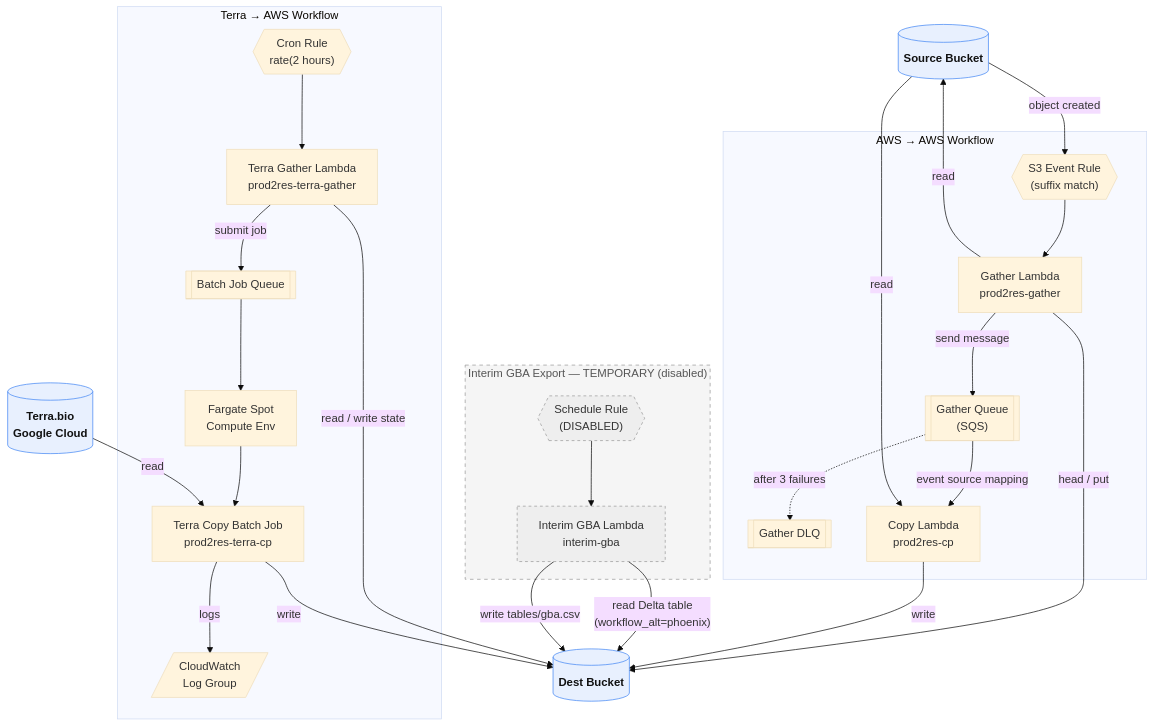
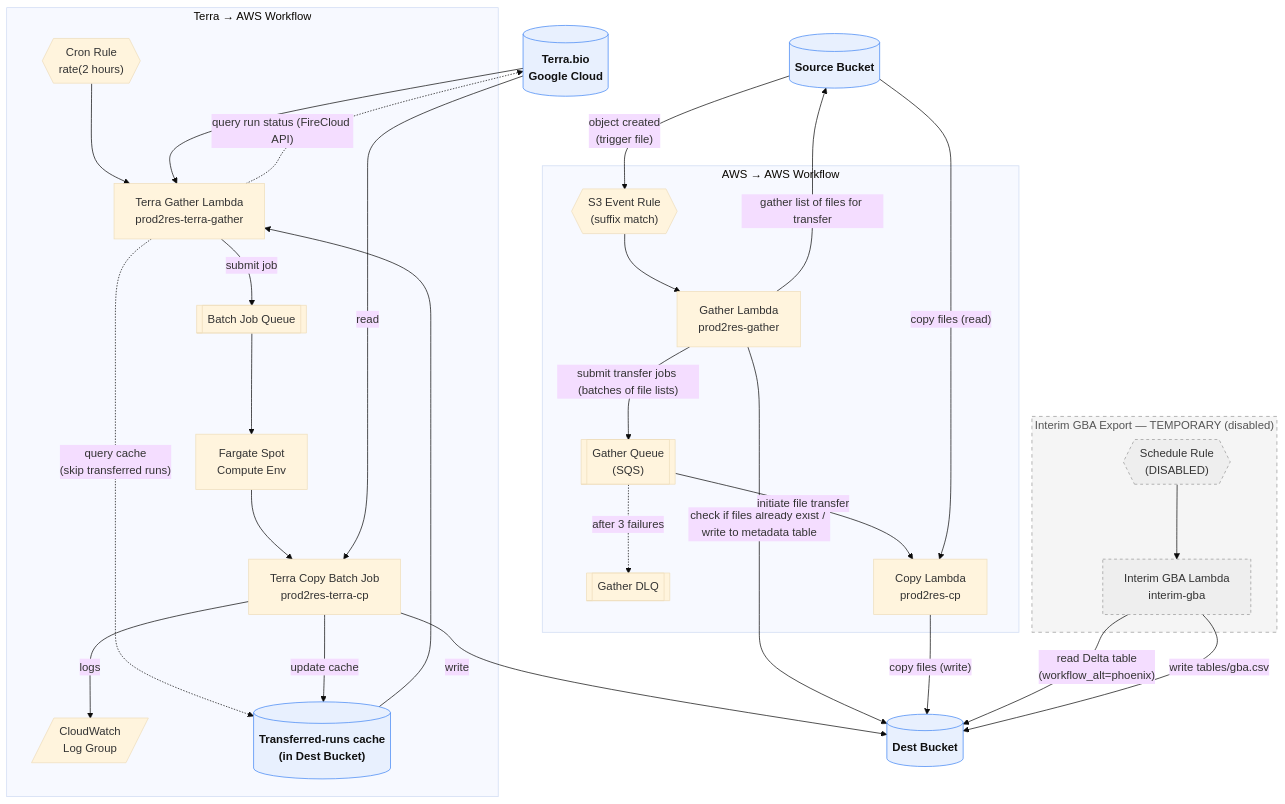
Before and after one commit to DOH-JDJ0303/waphl-data: the diagram in README.md, drawn with Mermaid (base theme).

Commit message:
Update README with detailed flow descriptions

````diff
--- a/README.md
+++ b/README.md
@@ -1,66 +1,73 @@
 ```mermaid
 flowchart TD
     %% ---------- Shared storage ----------
     SRC[("Source Bucket")]
     DST[("Dest Bucket")]
     TERRA[("Terra.bio<br/>Google Cloud")]
 
     %% ---------- AWS to AWS ----------
     subgraph AWS2AWS["AWS &rarr; AWS Workflow"]
         S3EVT{{"S3 Event Rule<br/>(suffix match)"}}
         GATHER["Gather Lambda<br/>prod2res-gather"]
         GQ[["Gather Queue<br/>(SQS)"]]
         DLQ[["Gather DLQ"]]
         COPY["Copy Lambda<br/>prod2res-cp"]
     end
 
     %% ---------- Terra to AWS ----------
     subgraph TERRA2AWS["Terra &rarr; AWS Workflow"]
         TCRON{{"Cron Rule<br/>rate(2 hours)"}}
         TGATHER["Terra Gather Lambda<br/>prod2res-terra-gather"]
         TQUEUE[["Batch Job Queue"]]
         TCOMPUTE["Fargate Spot<br/>Compute Env"]
         TJOB["Terra Copy Batch Job<br/>prod2res-terra-cp"]
         TLOG[/"CloudWatch<br/>Log Group"/]
+        TCACHE[("Transferred-runs cache<br/>(in Dest Bucket)")]
     end
 
     %% ---------- Interim GBA (temporary) ----------
     subgraph GBA["Interim GBA Export &mdash; TEMPORARY (disabled)"]
         GCRON{{"Schedule Rule<br/>(DISABLED)"}}
         GBAFN["Interim GBA Lambda<br/>interim-gba"]
     end
 
     %% ---------- AWS to AWS flows ----------
-    SRC -- "object created" --> S3EVT
+    SRC -- "object created \n(trigger file)" --> S3EVT
     S3EVT --> GATHER
-    GATHER -- "read" --> SRC
-    GATHER -- "head / put" --> DST
-    GATHER -- "send message" --> GQ
+    GATHER -- "gather list of files for transfer" --> SRC
+    GATHER -- "check if files already exist / write to metadata table" --> DST
+    GATHER -- "submit transfer jobs (batches of file lists)" --> GQ
     GQ -. "after 3 failures" .-> DLQ
-    GQ -- "event source mapping" --> COPY
-    SRC -- "read" --> COPY
-    COPY -- "write" --> DST
+    GQ -- "initiate file transfer" --> COPY
+    SRC -- "copy files (read)" --> COPY
+    COPY -- "copy files (write)" --> DST
 
     %% ---------- Terra to AWS flows ----------
     TCRON --> TGATHER
-    TGATHER -- "read / write state" --> DST
+    TGATHER -. "query run status (FireCloud API)" .-> TERRA
+    TGATHER -. "query cache<br/>(skip transferred runs)" .-> TCACHE
     TGATHER -- "submit job" --> TQUEUE
+    TCACHE  --> TGATHER
     TQUEUE --> TCOMPUTE
     TCOMPUTE --> TJOB
+    TERRA   --> TGATHER
     TERRA -- "read" --> TJOB
     TJOB -- "write" --> DST
+    TJOB -- "update cache" --> TCACHE
     TJOB -- "logs" --> TLOG
 
     %% ---------- Interim GBA flows ----------
     GCRON --> GBAFN
     GBAFN -- "read Delta table<br/>(workflow_alt=phoenix)" --> DST
     GBAFN -- "write tables/gba.csv" --> DST
 
     %% ---------- Styling ----------
     classDef bucket fill:#e8f0fe,stroke:#4285f4,color:#111,font-weight:bold;
-    class SRC,DST,TERRA bucket;
+    class SRC,DST,TERRA,TCACHE bucket;
+
+    classDef api fill:#fef7e0,stroke:#f9ab00,color:#111;
 
     style GBA fill:#f5f5f5,stroke:#999,stroke-dasharray:5 5,color:#555;
     style GCRON fill:#eeeeee,stroke:#999,stroke-dasharray:4 4;
     style GBAFN fill:#eeeeee,stroke:#999,stroke-dasharray:4 4;
 ```
````
